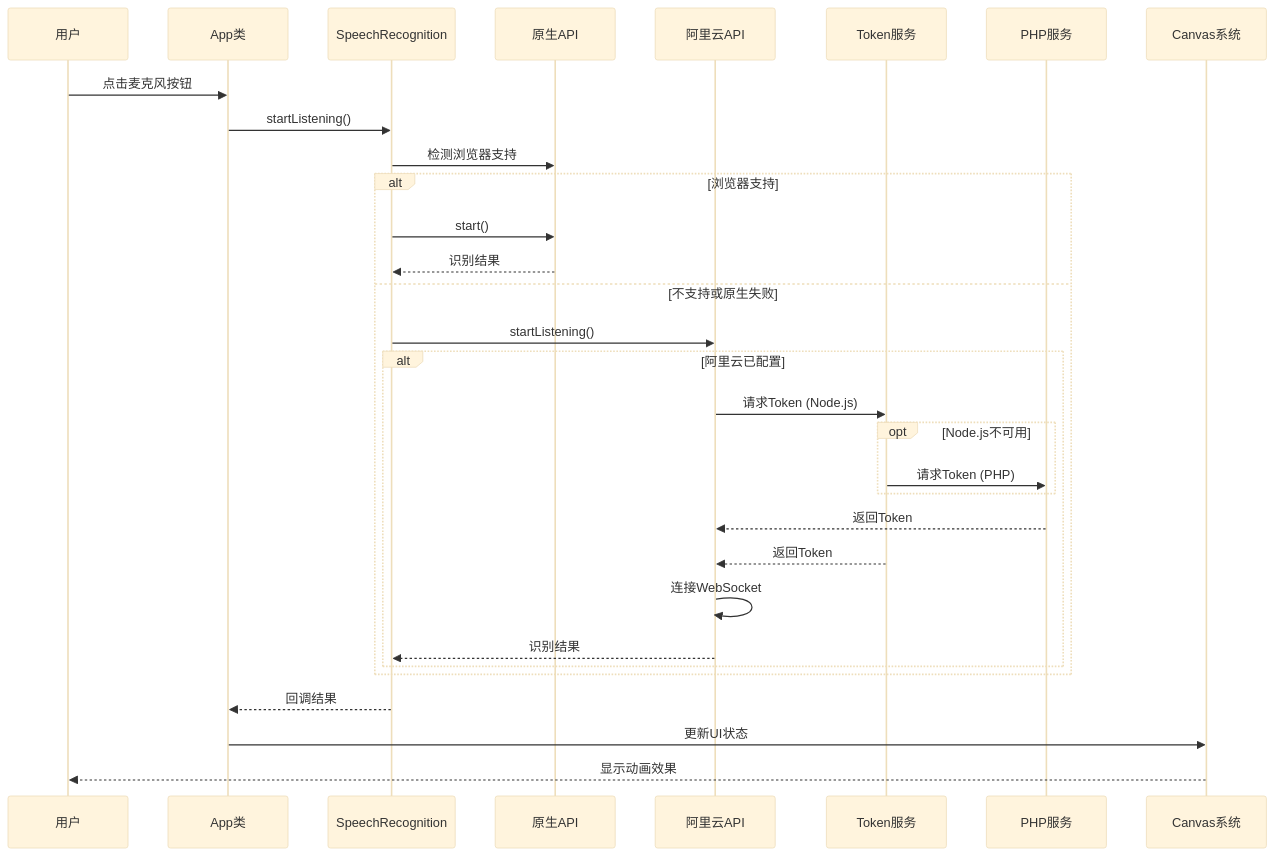
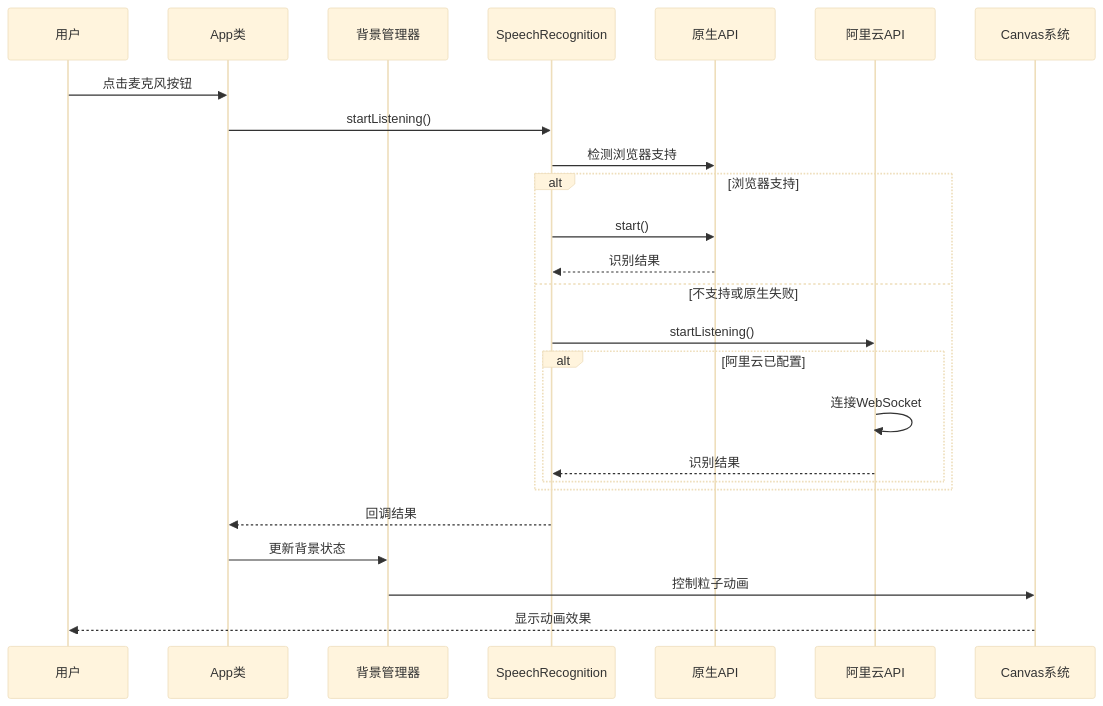
Before and after one commit to db300/MySpeechRecognition: the third of 11 diagrams in .qoder/repowiki/zh/content/用户界面设计.md, drawn with Mermaid (base theme). The commit also changed other lines of this file and 24 other files, not shown here.

````diff
--- a/.qoder/repowiki/zh/content/用户界面设计.md
+++ b/.qoder/repowiki/zh/content/用户界面设计.md
@@ -167,33 +165,27 @@
 ```mermaid
 sequenceDiagram
 participant User as 用户
 participant App as App类
+participant Background as 背景管理器
 participant Speech as SpeechRecognition
 participant Native as 原生API
 participant Aliyun as 阿里云API
-participant Server as Token服务
-participant PHP as PHP服务
 participant Canvas as Canvas系统
 User->>App : 点击麦克风按钮
 App->>Speech : startListening()
 Speech->>Native : 检测浏览器支持
 alt 浏览器支持
 Speech->>Native : start()
 Native-->>Speech : 识别结果
 else 不支持或原生失败
 Speech->>Aliyun : startListening()
 alt 阿里云已配置
-Aliyun->>Server : 请求Token (Node.js)
-opt Node.js不可用
-Server->>PHP : 请求Token (PHP)
-end
-PHP-->>Aliyun : 返回Token
-Server-->>Aliyun : 返回Token
 Aliyun->>Aliyun : 连接WebSocket
 Aliyun-->>Speech : 识别结果
 end
 end
 Speech-->>App : 回调结果
-App->>Canvas : 更新UI状态
+App->>Background : 更新背景状态
+Background->>Canvas : 控制粒子动画
 Canvas-->>User : 显示动画效果
 ```
````
